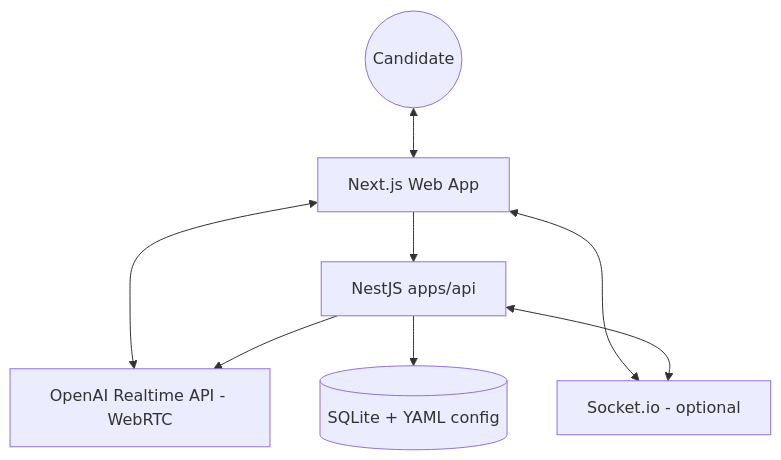
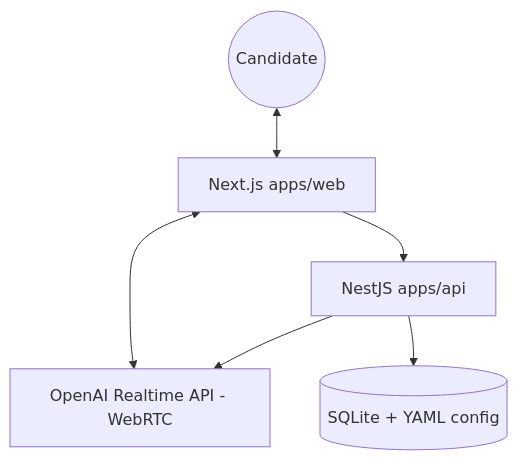
One commit to yortyrh/parle-tcf changed the diagram in AGENTS.md. Above: the diagram before and after it, drawn with Mermaid. The commit also changed other lines of this file and 68 other files, not shown here.

````diff
--- a/AGENTS.md
+++ b/AGENTS.md
@@ -7,10 +7,8 @@
 ```mermaid
 graph TD
-  User((Candidate)) <--> Web[Next.js Web App]
+  User((Candidate)) <--> Web[Next.js apps/web]
   Web --> API[NestJS apps/api]
   Web <--> OAI[OpenAI Realtime API - WebRTC]
   API --> OAI
   API --> DB[(SQLite + YAML config)]
-  Web <--> SIO[Socket.io - optional]
-  API <--> SIO
 ```
````
